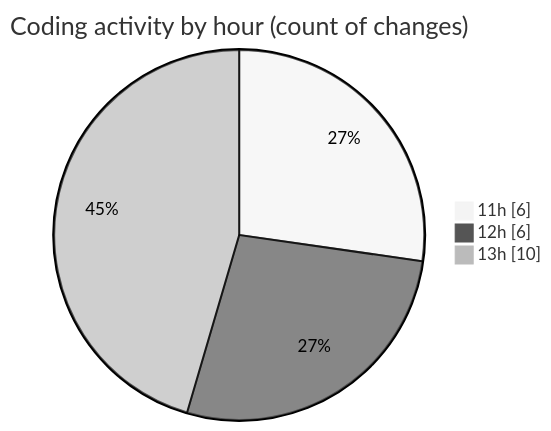
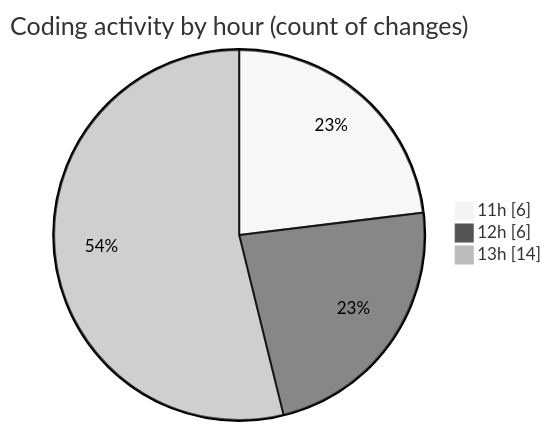
The second of 2 diagrams in 2025-05-30/nxtqube_webapp/README.md (nxtqubesakshisongat/code-tracking), drawn with Mermaid (neutral theme) before and after one commit. The commit also changed other lines of this file and 1 other file, not shown here.

````diff
--- a/2025-05-30/nxtqube_webapp/README.md
+++ b/2025-05-30/nxtqube_webapp/README.md
@@ -31,7 +32,7 @@
 ```mermaid
 pie showData
 title Coding activity by hour (count of changes)
 "11h" : 6
 "12h" : 6
-"13h" : 10
+"13h" : 14
 ```
````
